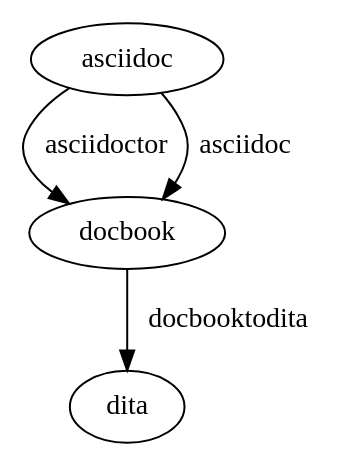
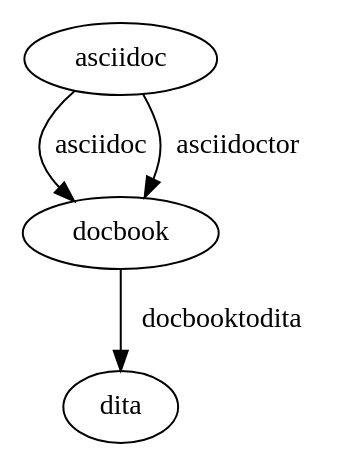
The diagram in pre_release_generated/conversions.dot (jmourelos/doconv), drawn with Graphviz before and after one commit. The commit also changed 5 other files, not shown here.

```diff
--- a/pre_release_generated/conversions.dot
+++ b/pre_release_generated/conversions.dot
@@ -1,11 +1,8 @@
 digraph  {
-	asciidoc -> docbook [key=0,
-	label=asciidoctor,
-	priority=50];
-asciidoc -> docbook [key=1,
-label=asciidoc,
-priority=60];
-docbook -> dita [key=0,
-label=docbooktodita,
-priority=0];
+asciidoc;
+docbook;
+dita;
+asciidoc -> docbook  [key=0, label=asciidoc, priority=60];
+asciidoc -> docbook  [key=1, label=asciidoctor, priority=50];
+docbook -> dita  [key=0, label=docbooktodita, priority=0];
 }
```
